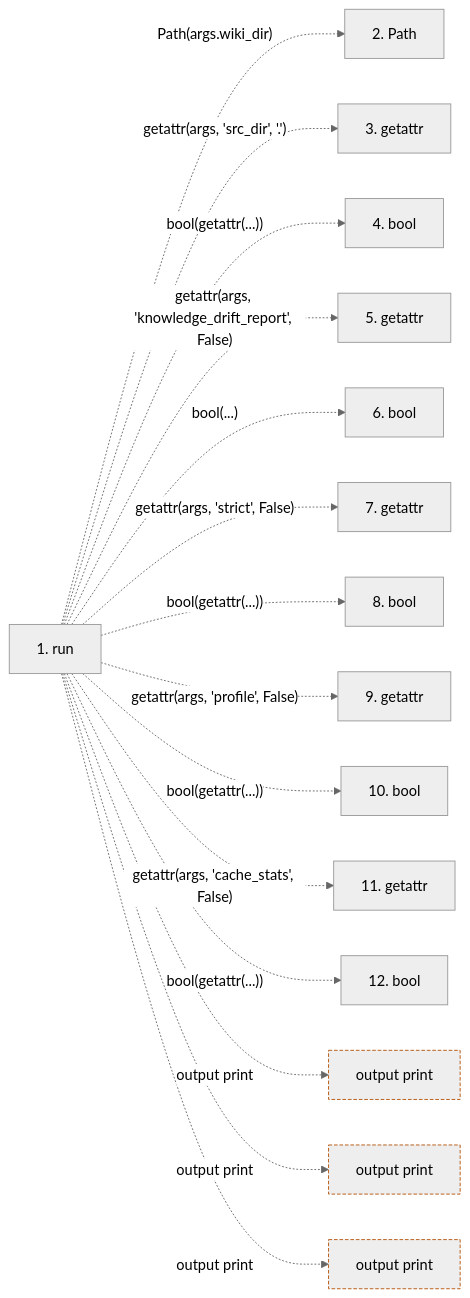
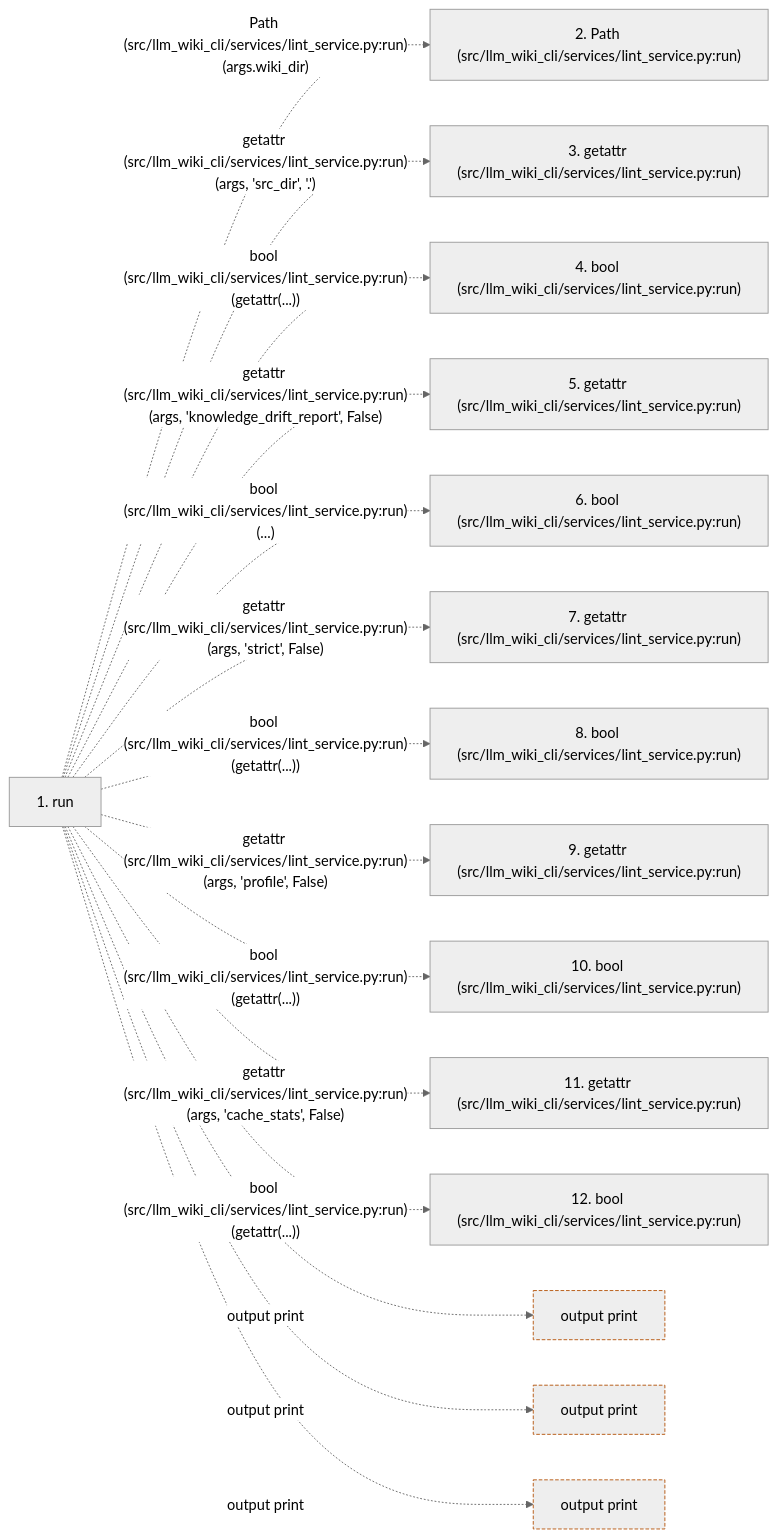
Before and after one commit to Denissvgn/python-wiki-llm: the second of 2 diagrams in docs/llm_wiki/flows/cli-lint.md, drawn with Mermaid (neutral theme). The commit also changed other lines of this file and 719 other files, not shown here.

````diff
--- a/docs/llm_wiki/flows/cli-lint.md
+++ b/docs/llm_wiki/flows/cli-lint.md
@@ -112,37 +120,37 @@
 ```mermaid
 flowchart LR
     s1["1. run"]
-    s2["2. Path"]
-    s3["3. getattr"]
-    s4["4. bool"]
-    s5["5. getattr"]
-    s6["6. bool"]
-    s7["7. getattr"]
-    s8["8. bool"]
-    s9["9. getattr"]
-    s10["10. bool"]
-    s11["11. getattr"]
-    s12["12. bool"]
-    s1 -. "Path(args.wiki_dir)" .-> s2
-    s1 -. "getattr(args, 'src_dir', '.')" .-> s3
-    s1 -. "bool(getattr(...))" .-> s4
-    s1 -. "getattr(args, 'knowledge_drift_report', False)" .-> s5
-    s1 -. "bool(...)" .-> s6
-    s1 -. "getattr(args, 'strict', False)" .-> s7
-    s1 -. "bool(getattr(...))" .-> s8
-    s1 -. "getattr(args, 'profile', False)" .-> s9
-    s1 -. "bool(getattr(...))" .-> s10
-    s1 -. "getattr(args, 'cache_stats', False)" .-> s11
-    s1 -. "bool(getattr(...))" .-> s12
+    s2["2. Path (src/llm_wiki_cli/services/lint_service.py:run)"]
+    s3["3. getattr (src/llm_wiki_cli/services/lint_service.py:run)"]
+    s4["4. bool (src/llm_wiki_cli/services/lint_service.py:run)"]
+    s5["5. getattr (src/llm_wiki_cli/services/lint_service.py:run)"]
+    s6["6. bool (src/llm_wiki_cli/services/lint_service.py:run)"]
+    s7["7. getattr (src/llm_wiki_cli/services/lint_service.py:run)"]
+    s8["8. bool (src/llm_wiki_cli/services/lint_service.py:run)"]
+    s9["9. getattr (src/llm_wiki_cli/services/lint_service.py:run)"]
+    s10["10. bool (src/llm_wiki_cli/services/lint_service.py:run)"]
+    s11["11. getattr (src/llm_wiki_cli/services/lint_service.py:run)"]
+    s12["12. bool (src/llm_wiki_cli/services/lint_service.py:run)"]
+    s1 -. "Path (src/llm_wiki_cli/services/lint_service.py:run)(args.wiki_dir)" .-> s2
+    s1 -. "getattr (src/llm_wiki_cli/services/lint_service.py:run)(args, 'src_dir', '.')" .-> s3
+    s1 -. "bool (src/llm_wiki_cli/services/lint_service.py:run)(getattr(...))" .-> s4
+    s1 -. "getattr (src/llm_wiki_cli/services/lint_service.py:run)(args, 'knowledge_drift_report', False)" .-> s5
+    s1 -. "bool (src/llm_wiki_cli/services/lint_service.py:run)(...)" .-> s6
+    s1 -. "getattr (src/llm_wiki_cli/services/lint_service.py:run)(args, 'strict', False)" .-> s7
+    s1 -. "bool (src/llm_wiki_cli/services/lint_service.py:run)(getattr(...))" .-> s8
+    s1 -. "getattr (src/llm_wiki_cli/services/lint_service.py:run)(args, 'profile', False)" .-> s9
+    s1 -. "bool (src/llm_wiki_cli/services/lint_service.py:run)(getattr(...))" .-> s10
+    s1 -. "getattr (src/llm_wiki_cli/services/lint_service.py:run)(args, 'cache_stats', False)" .-> s11
+    s1 -. "bool (src/llm_wiki_cli/services/lint_service.py:run)(getattr(...))" .-> s12
     b0["output print"]
     s1 -. "output print" .-> b0
     b1["output print"]
     s1 -. "output print" .-> b1
     b2["output print"]
     s1 -. "output print" .-> b2
     click s1 "../modules/lint_service.md"
     classDef boundary stroke:#b45309,stroke-dasharray: 4 2
     class b0 boundary
     class b1 boundary
     class b2 boundary
 ```
````
